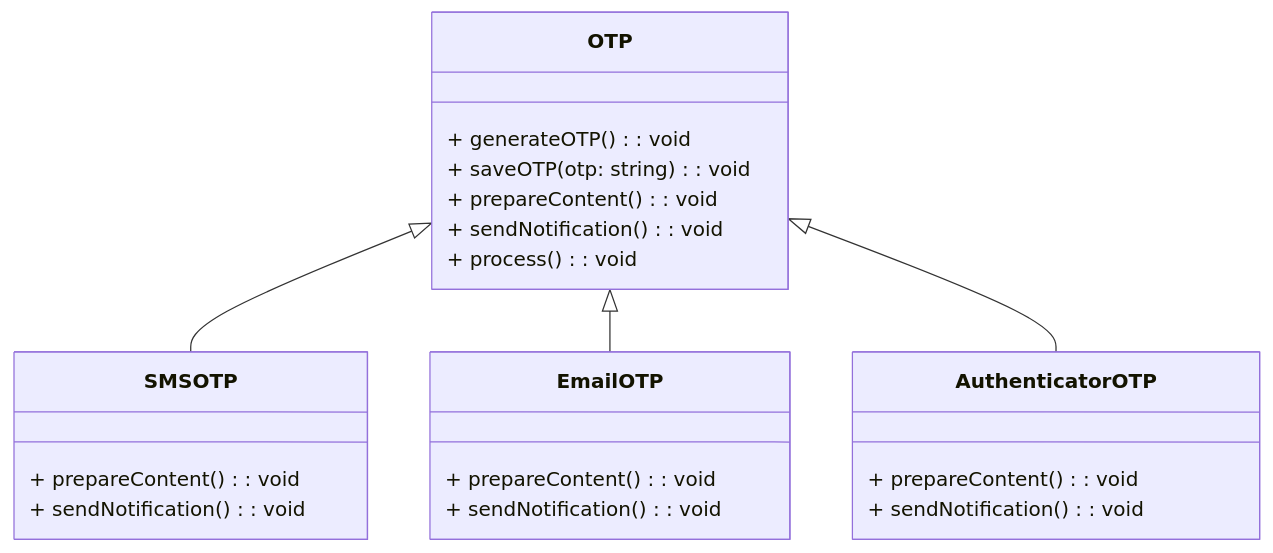
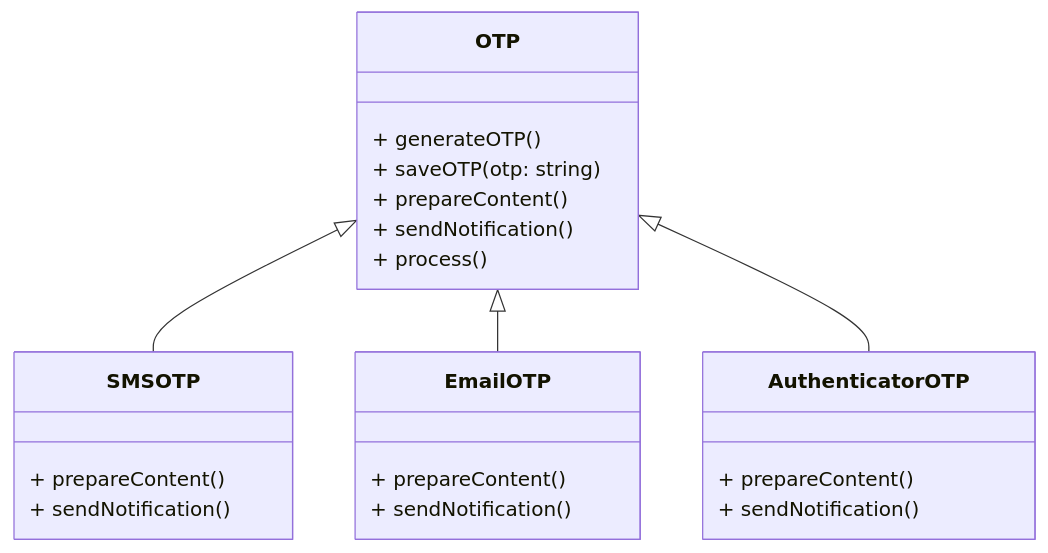
One commit to Johnkhk/TechKnowledgeHub changed the diagram in docs/design-patterns/behavioral/template-method.md. Above: the diagram before and after it, drawn with Mermaid. The commit also changed other lines of this file and 1 other file, not shown here.

````diff
--- a/docs/design-patterns/behavioral/template-method.md
+++ b/docs/design-patterns/behavioral/template-method.md
@@ -35,29 +35,29 @@
 ```mermaid
 classDiagram
     class OTP {
-        + generateOTP(): void
-        + saveOTP(otp: string): void
-        + prepareContent(): void
-        + sendNotification(): void
-        + process(): void
+        + generateOTP()
+        + saveOTP(otp: string)
+        + prepareContent()
+        + sendNotification()
+        + process()
     }
 
     class SMSOTP {
-        + prepareContent(): void
-        + sendNotification(): void
+        + prepareContent()
+        + sendNotification()
     }
 
     class EmailOTP {
-        + prepareContent(): void
-        + sendNotification(): void
+        + prepareContent()
+        + sendNotification()
     }
 
     class AuthenticatorOTP {
-        + prepareContent(): void
-        + sendNotification(): void
+        + prepareContent()
+        + sendNotification()
     }
 
     OTP <|-- SMSOTP
     OTP <|-- EmailOTP
     OTP <|-- AuthenticatorOTP
 ```
````
